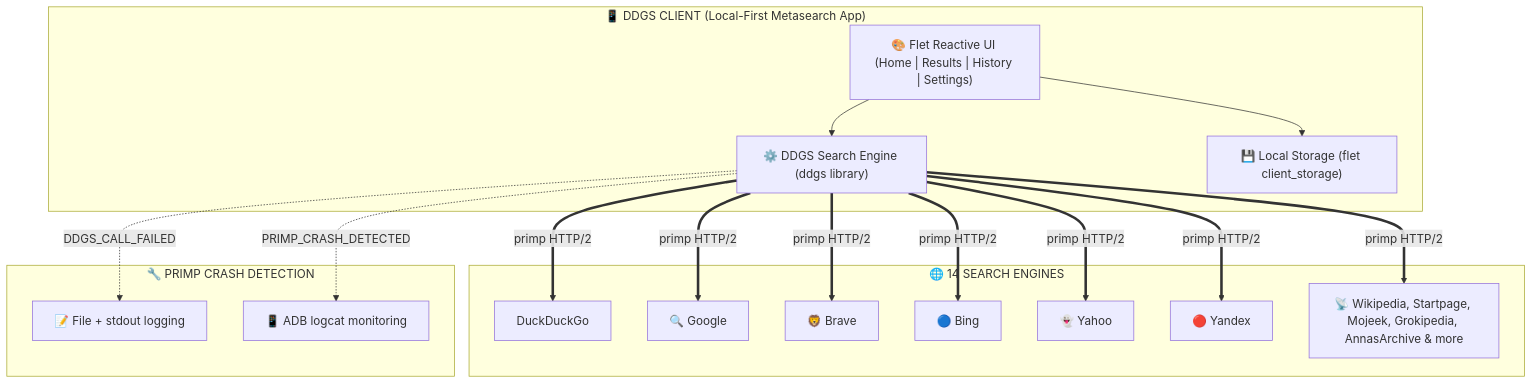
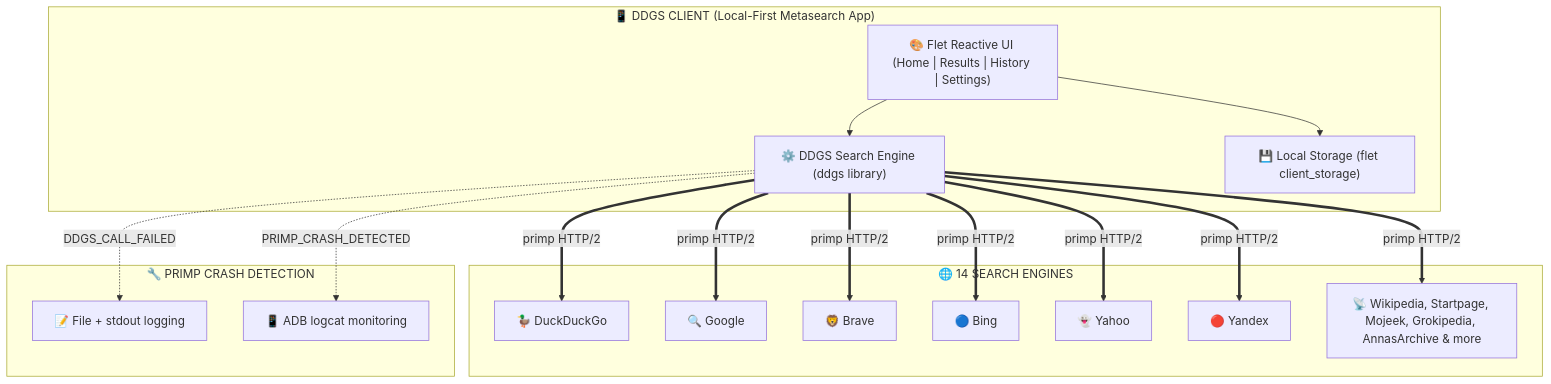
The diagram in README.md (Nwokike/DDGS), drawn with Mermaid before and after one commit.

Commit message:
Update DuckDuckGo label with emoji

````diff
--- a/README.md
+++ b/README.md
@@ -77,35 +77,35 @@
 ```mermaid
 graph TB
     subgraph DDGS_CLIENT ["📱 DDGS CLIENT (Local-First Metasearch App)"]
         UI["🎨 Flet Reactive UI (Home | Results | History | Settings)"]
         Engine["⚙️ DDGS Search Engine (ddgs library)"]
         Storage["💾 Local Storage (flet client_storage)"]
         UI --> Engine
         UI --> Storage
     end
 
     subgraph SEARCH_PROVIDERS ["🌐 14 SEARCH ENGINES"]
-        DDG["DuckDuckGo"]
+        DDG["🦆 DuckDuckGo"]
         Google["🔍 Google"]
         Brave["🦁 Brave"]
         Bing["🔵 Bing"]
         Yahoo["👻 Yahoo"]
         Yandex["🔴 Yandex"]
         Others["📡 Wikipedia, Startpage, Mojeek, Grokipedia, AnnasArchive & more"]
     end
 
     subgraph DEBUG ["🔧 PRIMP CRASH DETECTION"]
         Logs["📝 File + stdout logging"]
         Logcat["📱 ADB logcat monitoring"]
     end
 
     Engine ==>|primp HTTP/2| DDG
     Engine ==>|primp HTTP/2| Google
     Engine ==>|primp HTTP/2| Brave
     Engine ==>|primp HTTP/2| Bing
     Engine ==>|primp HTTP/2| Yahoo
     Engine ==>|primp HTTP/2| Yandex
     Engine ==>|primp HTTP/2| Others
     Engine -.->|DDGS_CALL_FAILED| Logs
     Engine -.->|PRIMP_CRASH_DETECTED| Logcat
 ```
````
